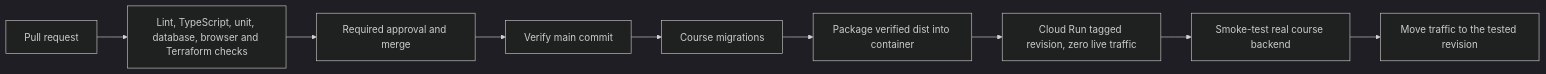
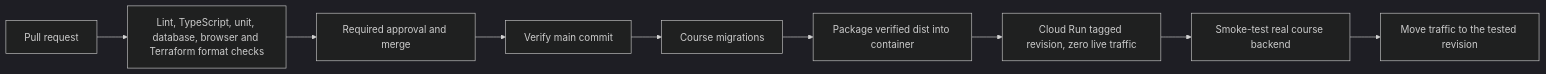
One commit to einhar1/matjakt changed the diagram in README.md. Above: the diagram before and after it, drawn with Mermaid (dark theme). The commit also changed other lines of this file and 3 other files, not shown here.

````diff
--- a/README.md
+++ b/README.md
@@ -49,11 +49,11 @@
 ```mermaid
 flowchart LR
-  PR[Pull request] --> CI[Lint, TypeScript, unit, database, browser and Terraform checks]
+  PR[Pull request] --> CI[Lint, TypeScript, unit, database, browser and Terraform format checks]
   CI --> Review[Required approval and merge]
   Review --> Main[Verify main commit]
   Main --> DB[Course migrations]
   DB --> Image[Package verified dist into container]
   Image --> Preview[Cloud Run tagged revision, zero live traffic]
   Preview --> Smoke[Smoke-test real course backend]
   Smoke --> Live[Move traffic to the tested revision]
 ```
````
